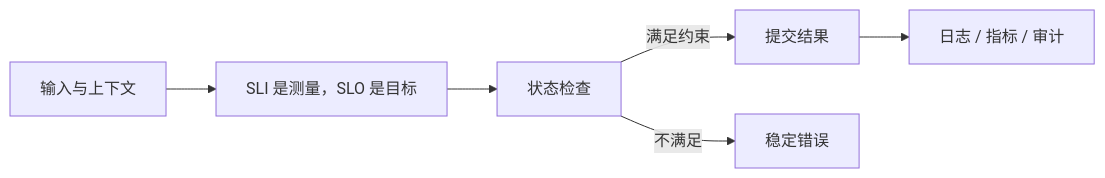
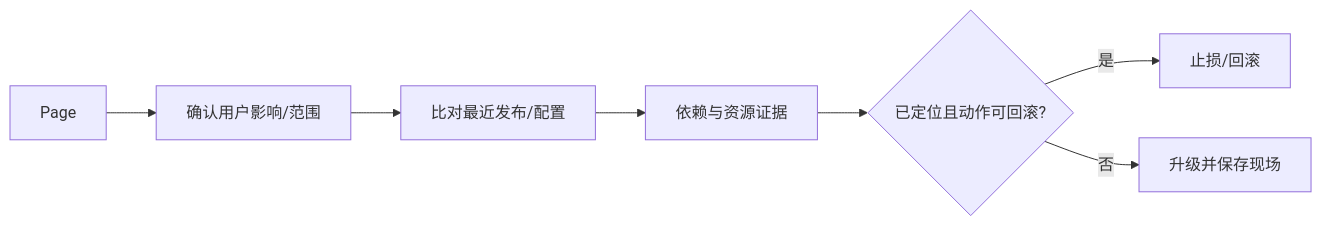
One commit to upJiang/jiang-blog-vitepress changed the diagram in docs/backend/alerting-slo-runbook.md. Above: the diagram before and after it, drawn with Mermaid. The commit also changed other lines of this file and 341 other files, not shown here.

````diff
--- a/docs/backend/alerting-slo-runbook.md
+++ b/docs/backend/alerting-slo-runbook.md
@@ -34,8 +69,9 @@
 ```mermaid
 flowchart LR
-  A[输入与上下文] --> B[SLI 是测量，SLO 是目标]
-  B --> C[状态检查]
-  C -->|满足约束| D[提交结果]
-  C -->|不满足| E[稳定错误]
-  D --> F[日志 / 指标 / 审计]
+  ALERT[Page] --> IMPACT[确认用户影响/范围]
+  IMPACT --> CHANGE[比对最近发布/配置]
+  CHANGE --> DEP[依赖与资源证据]
+  DEP --> ACTION{已定位且动作可回滚?}
+  ACTION -->|是| MITIGATE[止损/回滚]
+  ACTION -->|否| ESC[升级并保存现场]
 ```
````
